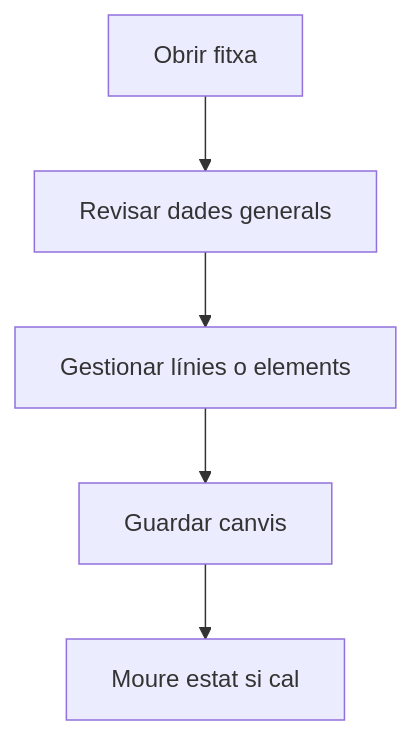
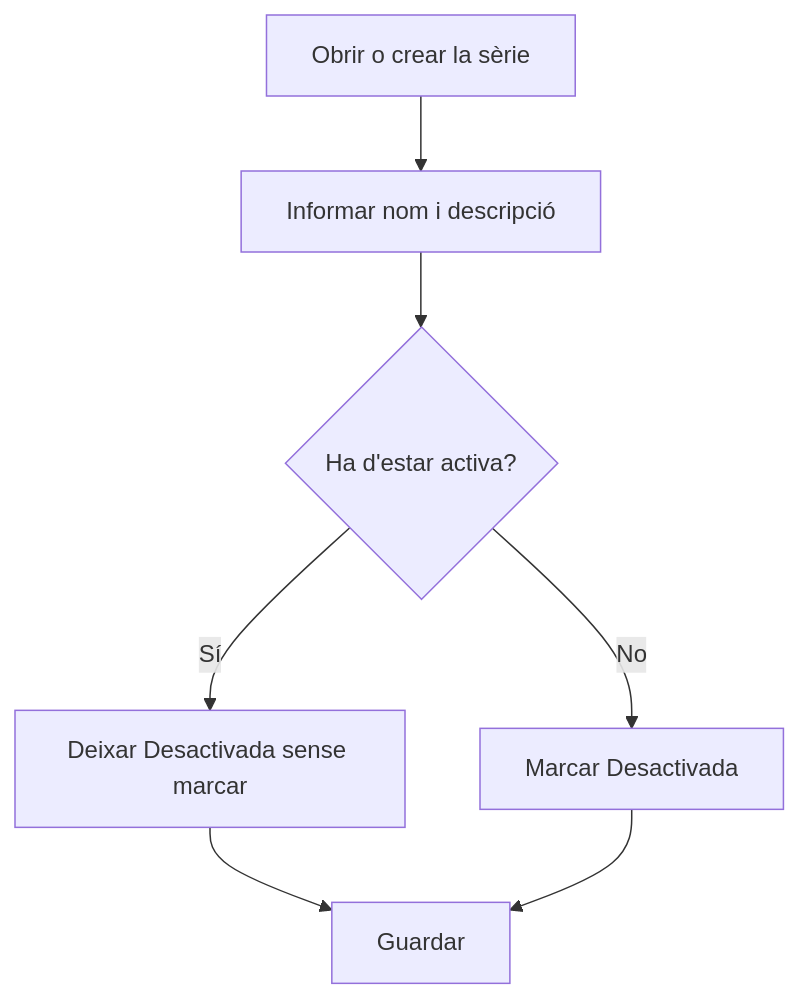
The diagram in frontend/src/help/ca/purchase/invoiceserie/detail.md (MGurtD/lilith), drawn with Mermaid before and after one commit. The commit also changed other lines of this file and 331 other files, not shown here.

````diff
--- a/frontend/src/help/ca/purchase/invoiceserie/detail.md
+++ b/frontend/src/help/ca/purchase/invoiceserie/detail.md
@@ -33,7 +39,9 @@
 ```mermaid
 flowchart TD
-    A[Obrir fitxa] --> B[Revisar dades generals]
-    B --> C[Gestionar línies o elements]
-    C --> D[Guardar canvis]
-    D --> E[Moure estat si cal]
+    A[Obrir o crear la sèrie] --> B[Informar nom i descripció]
+    B --> C{Ha d'estar activa?}
+    C -->|Sí| D[Deixar Desactivada sense marcar]
+    C -->|No| E[Marcar Desactivada]
+    D --> F[Guardar]
+    E --> F
 ```
````
